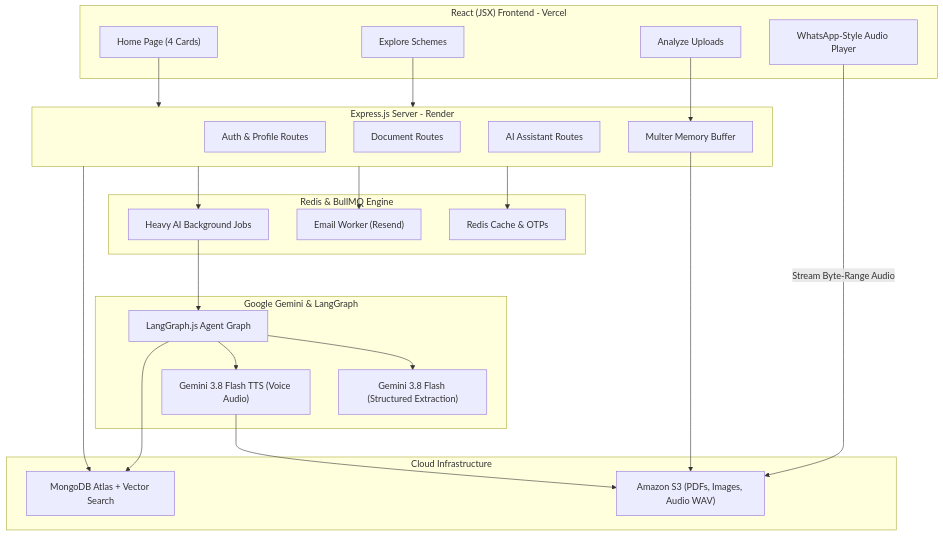
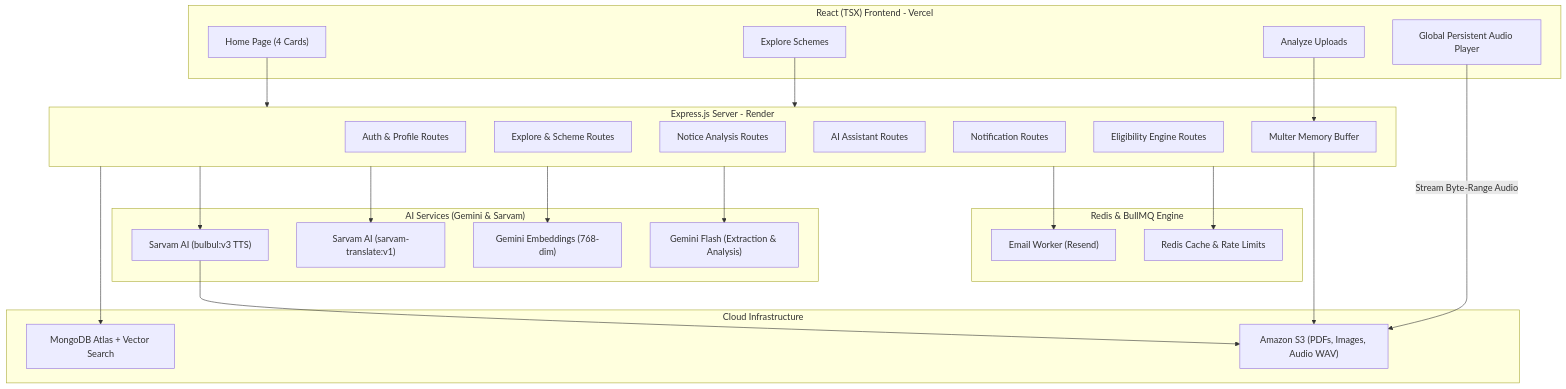
Before and after one commit to rot44/Lok-Setu: the diagram in EXECUTION_PLAN.md, drawn with Mermaid. The commit also changed other lines of this file, not shown here.

````diff
--- a/EXECUTION_PLAN.md
+++ b/EXECUTION_PLAN.md
@@ -164,48 +157,50 @@
 ```mermaid
 flowchart TD
-    subgraph Client["React (JSX) Frontend - Vercel"]
+    subgraph Client["React (TSX) Frontend - Vercel"]
         Home["Home Page (4 Cards)"]
         Explore["Explore Schemes"]
         Analyze["Analyze Uploads"]
-        Audio["WhatsApp-Style Audio Player"]
+        Audio["Global Persistent Audio Player"]
     end
 
     subgraph API["Express.js Server - Render"]
         AuthRoute["Auth & Profile Routes"]
-        DocRoute["Document Routes"]
+        ExploreRoute["Explore & Scheme Routes"]
+        AnalyzeRoute["Notice Analysis Routes"]
         AssistantRoute["AI Assistant Routes"]
+        NotifRoute["Notification Routes"]
+        EligibilityRoute["Eligibility Engine Routes"]
         MulterStream["Multer Memory Buffer"]
     end
 
     subgraph Queues["Redis & BullMQ Engine"]
-        RedisStore["Redis Cache & OTPs"]
+        RedisStore["Redis Cache & Rate Limits"]
         EmailQ["Email Worker (Resend)"]
-        AIQ["Heavy AI Background Jobs"]
     end
 
     subgraph Storage["Cloud Infrastructure"]
         S3["Amazon S3 (PDFs, Images, Audio WAV)"]
         Atlas["MongoDB Atlas + Vector Search"]
     end
 
-    subgraph AI["Google Gemini & LangGraph"]
-        GeminiFlash["Gemini 3.8 Flash (Structured Extraction)"]
-        GeminiTTS["Gemini 3.8 Flash TTS (Voice Audio)"]
-        LangGraphJS["LangGraph.js Agent Graph"]
+    subgraph AI["AI Services (Gemini & Sarvam)"]
+        GeminiFlash["Gemini Flash (Extraction & Analysis)"]
+        GeminiEmbed["Gemini Embeddings (768-dim)"]
+        SarvamTranslate["Sarvam AI (sarvam-translate:v1)"]
+        SarvamBulbul["Sarvam AI (bulbul:v3 TTS)"]
     end
 
     Home --> API
     Explore --> API
     Analyze --> MulterStream
     MulterStream --> S3
     API --> RedisStore
     API --> EmailQ
-    API --> AIQ
-    AIQ --> LangGraphJS
-    LangGraphJS --> GeminiFlash
-    LangGraphJS --> GeminiTTS
-    GeminiTTS --> S3
-    LangGraphJS --> Atlas
+    API --> GeminiFlash
+    API --> GeminiEmbed
+    API --> SarvamTranslate
+    API --> SarvamBulbul
+    SarvamBulbul --> S3
     API --> Atlas
     Audio -->|"Stream Byte-Range Audio"| S3
 ```
````
